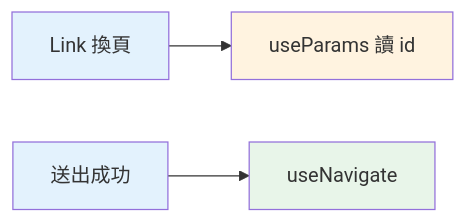
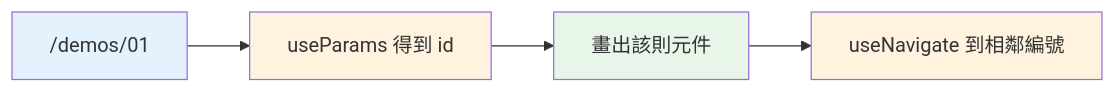
Before and after one commit to summer10920/summer10920.github.io: the seventh of 9 diagrams in source/_posts/lokiTech-15day-11-react-router.md, drawn with Mermaid. The commit also changed other lines of this file, not shown here.

```diff
--- a/source/_posts/lokiTech-15day-11-react-router.md
+++ b/source/_posts/lokiTech-15day-11-react-router.md
@@ -729,8 +1362,9 @@
 {% mermaid graph LR %}
-  linkNode["Link 換頁"] --> paramsNode["useParams 讀 id"]
-  formNode["送出成功"] --> navNode["useNavigate"]
-  style linkNode fill:#e3f2fd
+  pathNode["/demos/01"] --> paramsNode["useParams 得到 id"]
+  paramsNode --> pageNode["畫出該則元件"]
+  pageNode --> nextNode["useNavigate 到相鄰編號"]
+  style pathNode fill:#e3f2fd
   style paramsNode fill:#fff3e0
-  style formNode fill:#e3f2fd
-  style navNode fill:#e8f5e9
+  style pageNode fill:#e8f5e9
+  style nextNode fill:#fff3e0
 {% endmermaid %}
```
